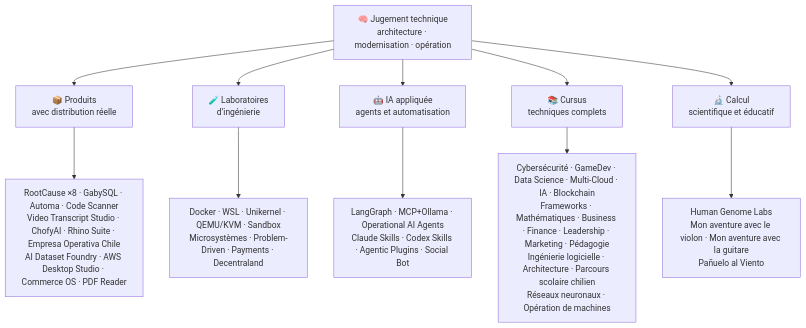
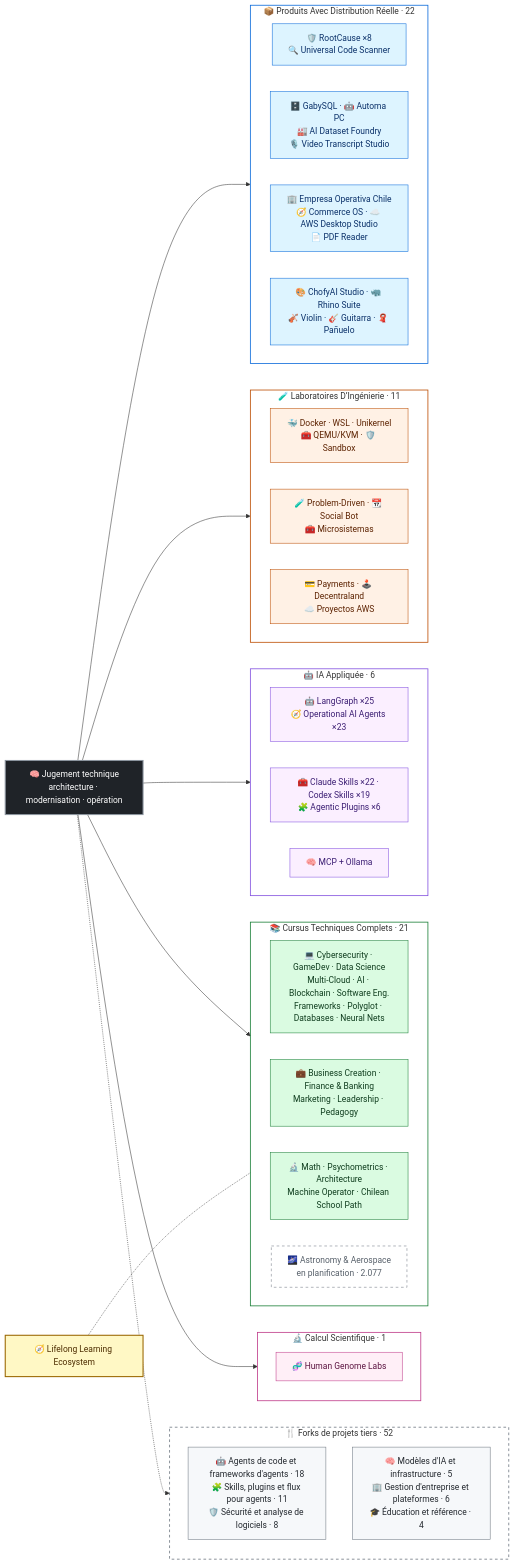
Before and after one commit to vladimiracunadev-create/vladimiracunadev-create: the diagram in README.fr.md, drawn with Mermaid. The commit also changed other lines of this file and 43 other files, not shown here.

````diff
--- a/README.fr.md
+++ b/README.fr.md
@@ -151,14 +152,63 @@
 ```mermaid
-flowchart TD
-    A["🧠 Jugement technique<br/>architecture · modernisation · opération"] --> B["📦 Produits<br/>avec distribution réelle"]
-    A --> C["🧪 Laboratoires<br/>d’ingénierie"]
-    A --> D["🤖 IA appliquée<br/>agents et automatisation"]
-    A --> E["📚 Cursus<br/>techniques complets"]
-    A --> F["🔬 Calcul<br/>scientifique et éducatif"]
+flowchart LR
+    CORE["🧠 Jugement technique<br/>architecture · modernisation · opération"]:::core
 
-    B --> B1["RootCause ×8 · GabySQL · Automa · Code Scanner<br/>Video Transcript Studio · ChofyAI · Rhino Suite · Empresa Operativa Chile<br/>AI Dataset Foundry · AWS Desktop Studio · Commerce OS · PDF Reader"]
-    C --> C1["Docker · WSL · Unikernel · QEMU/KVM · Sandbox<br/>Microsystèmes · Problem-Driven · Payments · Decentraland"]
-    D --> D1["LangGraph · MCP+Ollama · Operational AI Agents<br/>Claude Skills · Codex Skills · Agentic Plugins · Social Bot"]
-    E --> E1["Cybersécurité · GameDev · Data Science · Multi-Cloud · IA · Blockchain<br/>Frameworks · Mathématiques · Business · Finance · Leadership · Marketing · Pédagogie<br/>Ingénierie logicielle · Architecture · Parcours scolaire chilien<br/>Réseaux neuronaux · Opération de machines"]
-    F --> F1["Human Genome Labs<br/>Mon aventure avec le violon · Mon aventure avec la guitare<br/>Pañuelo al Viento"]
+    subgraph P["📦 Produits Avec Distribution Réelle · 22"]
+        direction LR
+        P1["🛡️ RootCause ×8<br/>🔍 Universal Code Scanner"]:::prod
+        P2["🗄️ GabySQL · 🤖 Automa PC<br/>🏭 AI Dataset Foundry<br/>🎙️ Video Transcript Studio"]:::prod
+        P3["🏢 Empresa Operativa Chile<br/>🧭 Commerce OS · ☁️ AWS Desktop Studio<br/>📄 PDF Reader"]:::prod
+        P4["🎨 ChofyAI Studio · 🦏 Rhino Suite<br/>🎻 Violin · 🎸 Guitarra · 🧣 Pañuelo"]:::prod
+    end
+    subgraph L["🧪 Laboratoires D’Ingénierie · 11"]
+        direction LR
+        L1["🐳 Docker · WSL · Unikernel<br/>🧰 QEMU/KVM · 🛡️ Sandbox"]:::lab
+        L2["🧪 Problem-Driven · 📆 Social Bot<br/>🧰 Microsistemas"]:::lab
+        L3["💳 Payments · 🕹️ Decentraland<br/>☁️ Proyectos AWS"]:::lab
+    end
+    subgraph I["🤖 IA Appliquée · 6"]
+        direction LR
+        I1["🤖 LangGraph ×25<br/>🧭 Operational AI Agents ×23"]:::ai
+        I2["🧰 Claude Skills ×22 · Codex Skills ×19<br/>🧩 Agentic Plugins ×6"]:::ai
+        I3["🧠 MCP + Ollama"]:::ai
+    end
+    subgraph C["📚 Cursus Techniques Complets · 21"]
+        direction LR
+        C1["💻 Cybersecurity · GameDev · Data Science<br/>Multi-Cloud · AI · Blockchain · Software Eng.<br/>Frameworks · Polyglot · Databases · Neural Nets"]:::cur
+        C2["💼 Business Creation · Finance & Banking<br/>Marketing · Leadership · Pedagogy"]:::cur
+        C3["🔬 Math · Psychometrics · Architecture<br/>Machine Operator · Chilean School Path"]:::cur
+        C4["🌌 Astronomy & Aerospace<br/>en planification · 2.077"]:::plan
+    end
+    LL["🧭 Lifelong Learning Ecosystem"]:::core2
+    subgraph S["🔬 Calcul Scientifique · 1"]
+        S1["🧬 Human Genome Labs"]:::sci
+    end
+    subgraph F["🍴 Forks de projets tiers · 52"]
+        F1["🤖 Agents de code et frameworks d'agents · 18<br/>🧩 Skills, plugins et flux pour agents · 11<br/>🛡️ Sécurité et analyse de logiciels · 8"]:::fork
+        F2["🧠 Modèles d'IA et infrastructure · 5<br/>🏢 Gestion d'entreprise et plateformes · 6<br/>🎓 Éducation et référence · 4"]:::fork
+    end
+
+    CORE --> P
+    CORE --> L
+    CORE --> I
+    CORE --> C
+    CORE --> S
+    CORE -.-> F
+    LL -.- C
+
+    classDef core fill:#1f2328,stroke:#8b949e,color:#ffffff,stroke-width:2px
+    classDef core2 fill:#fff8c5,stroke:#9a6700,color:#4d2d00,stroke-width:2px
+    classDef prod fill:#ddf4ff,stroke:#0969da,color:#0a3069
+    classDef lab fill:#fff1e5,stroke:#bc4c00,color:#5c2200
+    classDef ai fill:#fbefff,stroke:#8250df,color:#3b1d73
+    classDef cur fill:#dafbe1,stroke:#1a7f37,color:#0f3d1e
+    classDef sci fill:#ffeff7,stroke:#bf3989,color:#5c1541
+    classDef fork fill:#f6f8fa,stroke:#6e7781,color:#24292f
+    classDef plan fill:#ffffff,stroke:#6e7781,color:#57606a,stroke-dasharray:5 5
+    style P fill:none,stroke:#0969da,stroke-width:1.5px
+    style L fill:none,stroke:#bc4c00,stroke-width:1.5px
+    style I fill:none,stroke:#8250df,stroke-width:1.5px
+    style C fill:none,stroke:#1a7f37,stroke-width:1.5px
+    style S fill:none,stroke:#bf3989,stroke-width:1.5px
+    style F fill:none,stroke:#6e7781,stroke-width:1.5px,stroke-dasharray:5 5
 ```
````
